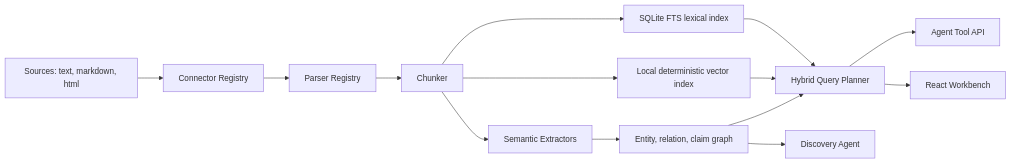
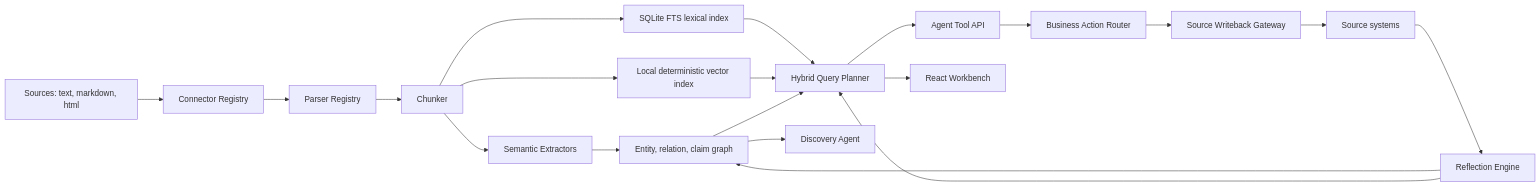
The diagram in README.md (aantenore/semantic-junkyard), drawn with Mermaid before and after one commit. The commit also changed other lines of this file and 25 other files, not shown here.

Commit message:
Add business action writeback loop

````diff
--- a/README.md
+++ b/README.md
@@ -143,16 +182,22 @@
 ```mermaid
 flowchart LR
   A["Sources: text, markdown, html"] --> B["Connector Registry"]
   B --> C["Parser Registry"]
   C --> D["Chunker"]
   D --> E["Semantic Extractors"]
   D --> F["SQLite FTS lexical index"]
   D --> G["Local deterministic vector index"]
   E --> H["Entity, relation, claim graph"]
   F --> I["Hybrid Query Planner"]
   G --> I
   H --> I
   I --> J["Agent Tool API"]
   I --> K["React Workbench"]
   H --> L["Discovery Agent"]
+  J --> M["Business Action Router"]
+  M --> N["Source Writeback Gateway"]
+  N --> O["Source systems"]
+  O --> P["Reflection Engine"]
+  P --> H
+  P --> I
 ```
````
